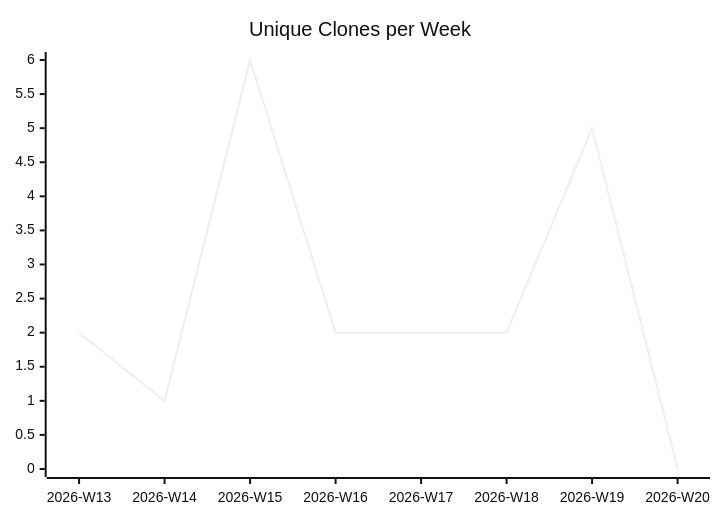
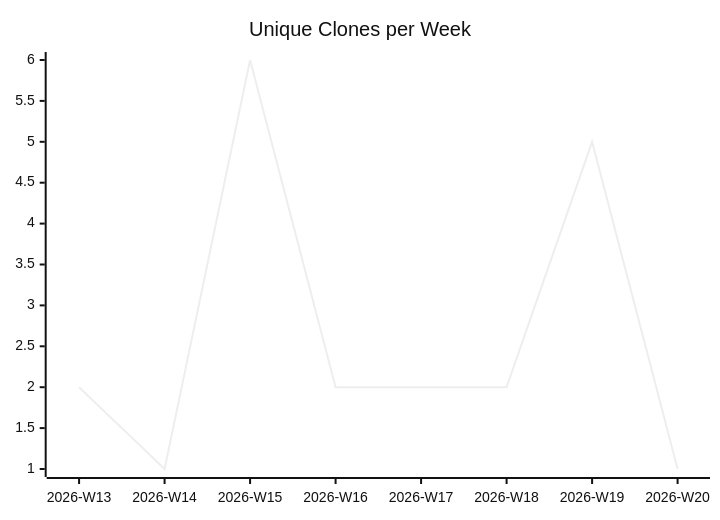
One commit to justdavis-family/github-analytics-data changed the third of 3 diagrams in karlmdavis/m2e-core/README.md. Above: the diagram before and after it, drawn with Mermaid (neutral theme). The commit also changed other lines of this file and 190 other files, not shown here.

````diff
--- a/karlmdavis/m2e-core/README.md
+++ b/karlmdavis/m2e-core/README.md
@@ -19,6 +19,6 @@
 ```mermaid
 xychart-beta
   title "Unique Clones per Week"
   x-axis ["2026-W13", "2026-W14", "2026-W15", "2026-W16", "2026-W17", "2026-W18", "2026-W19", "2026-W20"]
-  line [2, 1, 6, 2, 2, 2, 5, 0]
+  line [2, 1, 6, 2, 2, 2, 5, 1]
 ```
````
